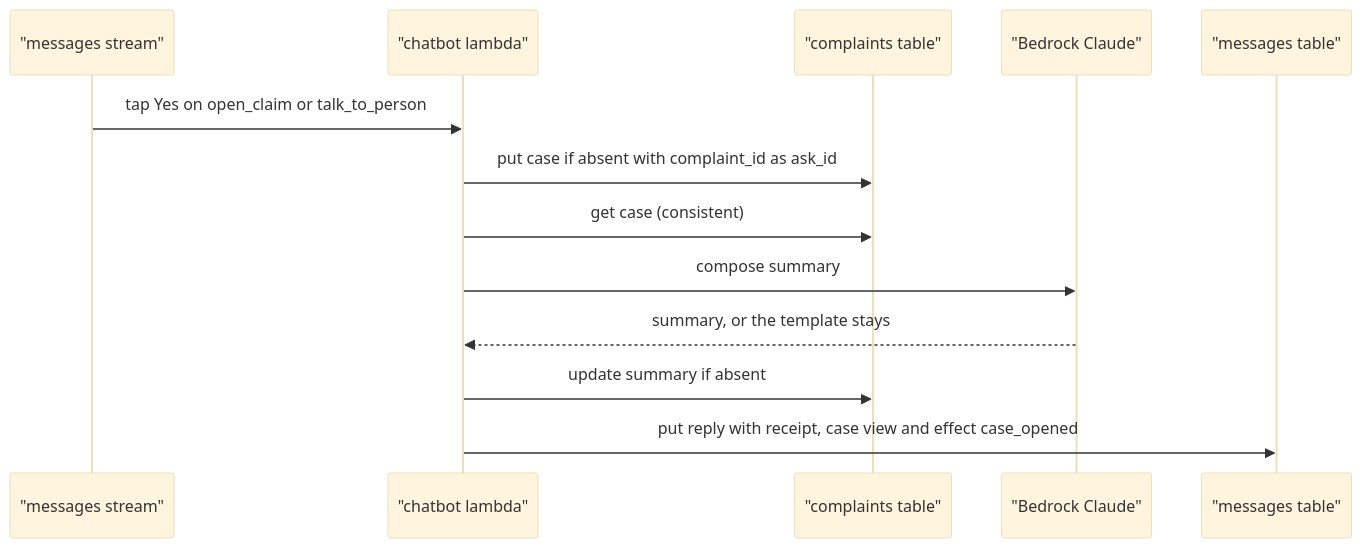
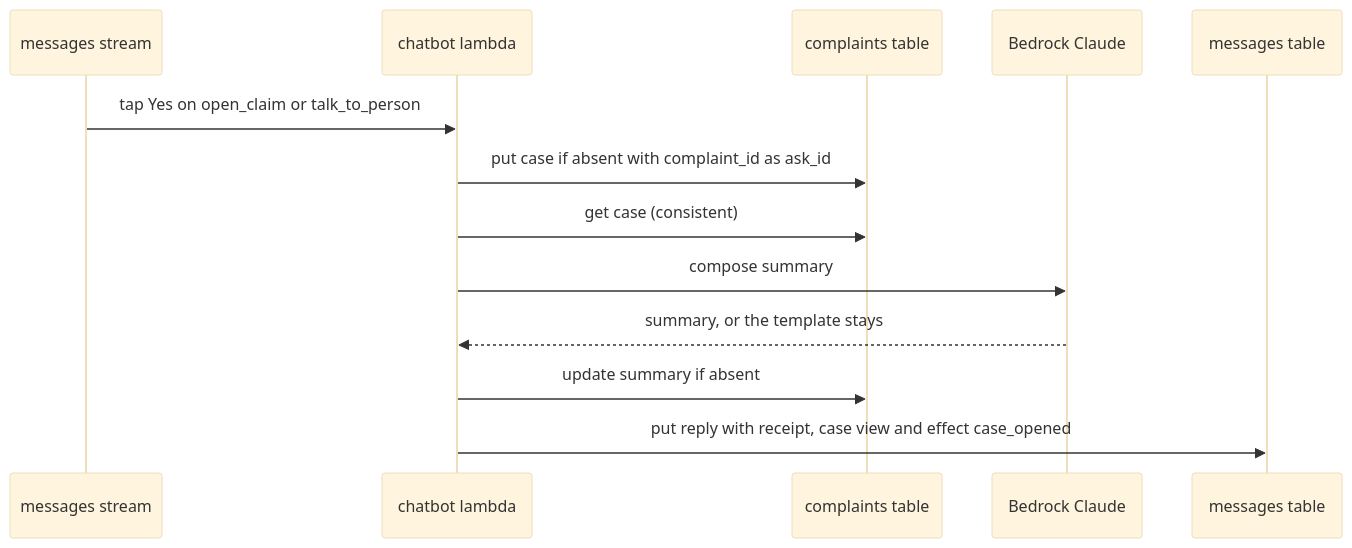
One commit to Team-ACGS/factored-hackathon-2026-acgs changed the sixth of 17 diagrams in docs/modules/assistant/flows.md. Above: the diagram before and after it, drawn with Mermaid (base theme). The commit also changed other lines of this file and 6 other files, not shown here.

Commit message:
docs(assistant,cases,data,identity,messaging): reviewer findings on flows and readme, round 2

````diff
--- a/docs/modules/assistant/flows.md
+++ b/docs/modules/assistant/flows.md
@@ -233,15 +241,15 @@
 ```mermaid
 sequenceDiagram
-  participant Stream as "messages stream"
-  participant Chatbot as "chatbot lambda"
-  participant Complaints as "complaints table"
-  participant Bedrock as "Bedrock Claude"
-  participant Messages as "messages table"
+  participant Stream as messages stream
+  participant Chatbot as chatbot lambda
+  participant Complaints as complaints table
+  participant Bedrock as Bedrock Claude
+  participant Messages as messages table
   Stream->>Chatbot: tap Yes on open_claim or talk_to_person
   Chatbot->>Complaints: put case if absent with complaint_id as ask_id
   Chatbot->>Complaints: get case (consistent)
   Chatbot->>Bedrock: compose summary
   Bedrock-->>Chatbot: summary, or the template stays
   Chatbot->>Complaints: update summary if absent
   Chatbot->>Messages: put reply with receipt, case view and effect case_opened
 ```
````
